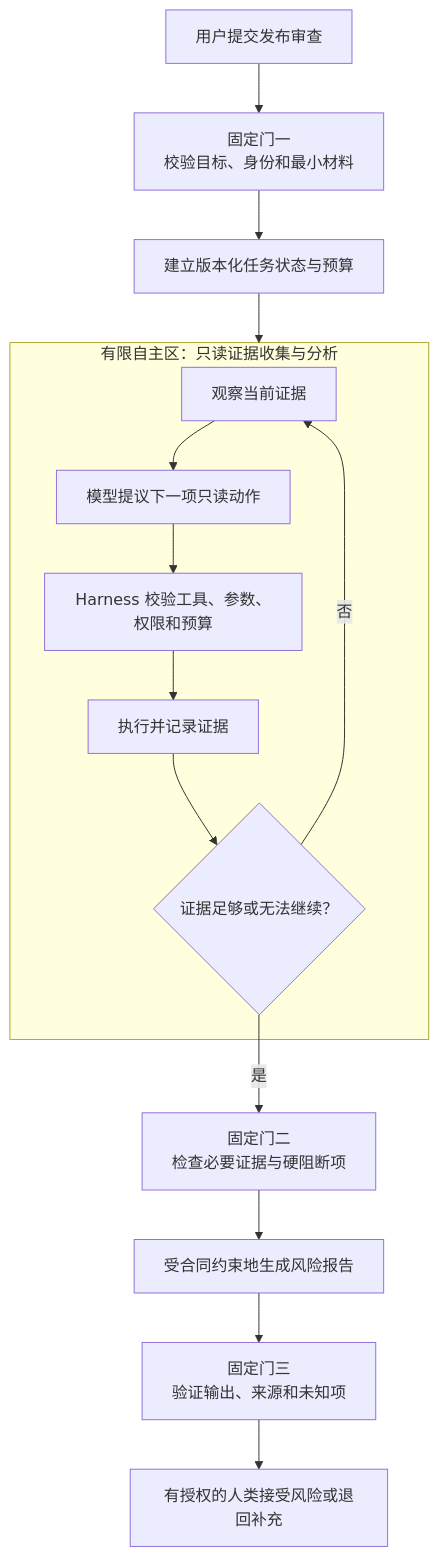
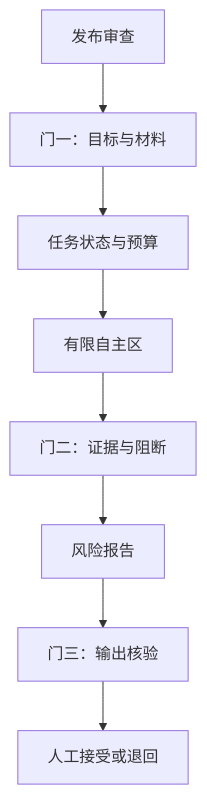
Before and after one commit to FoLaJJ/agent-systems-notes: the eighth of 9 diagrams in docs/05-agent-loop-workflows.md, drawn with Mermaid. The commit also changed other lines of this file and 11 other files, not shown here.

Commit message:
Improve Mermaid diagram readability

````diff
--- a/docs/05-agent-loop-workflows.md
+++ b/docs/05-agent-loop-workflows.md
@@ -365,19 +376,10 @@
 ```mermaid
 flowchart TB
-    U["用户提交发布审查"] --> V["固定门一<br/>校验目标、身份和最小材料"]
-    V --> S["建立版本化任务状态与预算"]
-    S --> A
-
-    subgraph A["有限自主区：只读证据收集与分析"]
-      O["观察当前证据"] --> P["模型提议下一项只读动作"]
-      P --> C["Harness 校验工具、参数、权限和预算"]
-      C --> X["执行并记录证据"]
-      X --> D{"证据足够或无法继续？"}
-      D -->|否| O
-    end
-
-    D -->|是| G["固定门二<br/>检查必要证据与硬阻断项"]
-    G --> R["受合同约束地生成风险报告"]
-    R --> Q["固定门三<br/>验证输出、来源和未知项"]
-    Q --> H["有授权的人类接受风险或退回补充"]
+    U["发布审查"] --> V["门一：目标与材料"]
+    V --> S["任务状态与预算"]
+    S --> A["有限自主区"]
+    A --> G["门二：证据与阻断"]
+    G --> R["风险报告"]
+    R --> Q["门三：输出核验"]
+    Q --> H["人工接受或退回"]
 ```
````
